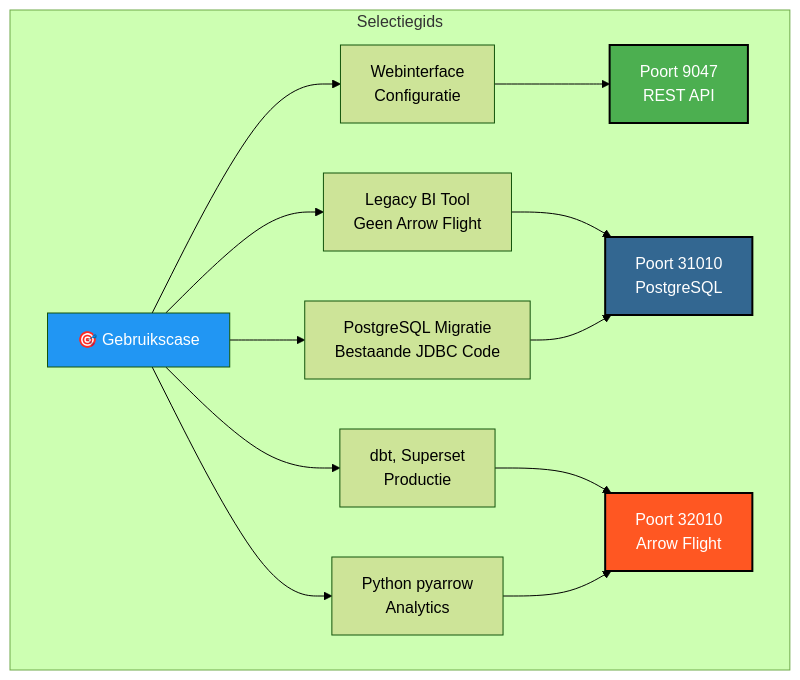
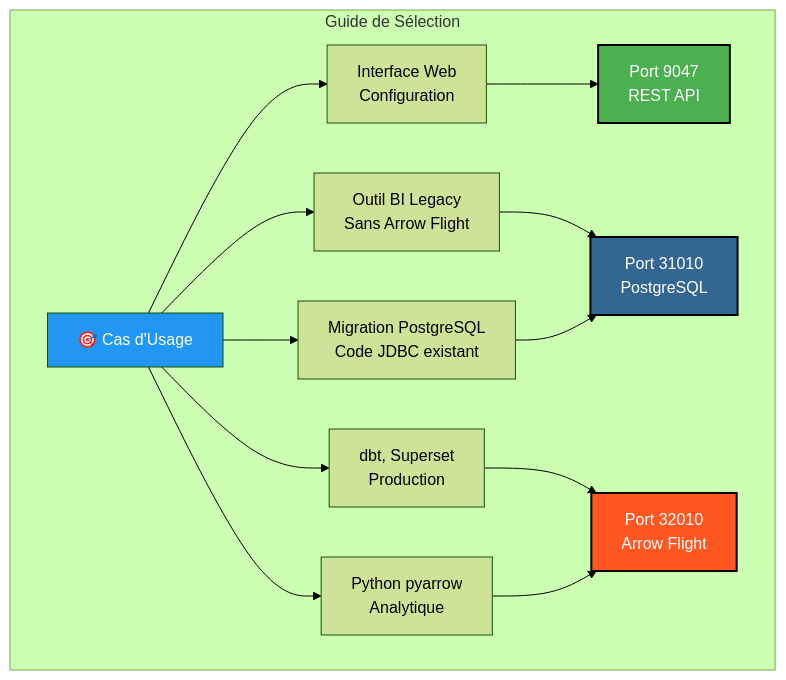
Before and after one commit to Monsau/Talentys-OSS-Data-Platform: the ninth of 9 diagrams in docs/i18n/nl/architecture/dremio-ports-visual.md, drawn with Mermaid (forest theme). The commit also changed other lines of this file and 485 other files, not shown here.

First line of the commit message:
feat: v1.1.0 - Complete i18n roadmap, AI services, and data platform

````diff
--- a/docs/i18n/nl/architecture/dremio-ports-visual.md
+++ b/docs/i18n/nl/architecture/dremio-ports-visual.md
@@ -487,23 +487,23 @@
 ```mermaid
 graph TB
-    subgraph "Selectiegids"
-        A["🎯 Gebruikscase"]
+    subgraph "Guide de Sélection"
+        A["🎯 Cas d'Usage"]
         
-        A --> B1["Webinterface<br/>Configuratie"]
-        A --> B2["Legacy BI Tool<br/>Geen Arrow Flight"]
-        A --> B3["PostgreSQL Migratie<br/>Bestaande JDBC Code"]
-        A --> B4["dbt, Superset<br/>Productie"]
-        A --> B5["Python pyarrow<br/>Analytics"]
+        A --> B1["Interface Web<br/>Configuration"]
+        A --> B2["Outil BI Legacy<br/>Sans Arrow Flight"]
+        A --> B3["Migration PostgreSQL<br/>Code JDBC existant"]
+        A --> B4["dbt, Superset<br/>Production"]
+        A --> B5["Python pyarrow<br/>Analytique"]
         
-        B1 --> C1["Poort 9047<br/>REST API"]
-        B2 --> C2["Poort 31010<br/>PostgreSQL"]
+        B1 --> C1["Port 9047<br/>REST API"]
+        B2 --> C2["Port 31010<br/>PostgreSQL"]
         B3 --> C2
-        B4 --> C3["Poort 32010<br/>Arrow Flight"]
+        B4 --> C3["Port 32010<br/>Arrow Flight"]
         B5 --> C3
     end
     
     style A fill:#2196F3,color:#fff
     style C1 fill:#4CAF50,color:#fff,stroke:#000,stroke-width:2px
     style C2 fill:#336791,color:#fff,stroke:#000,stroke-width:2px
     style C3 fill:#FF5722,color:#fff,stroke:#000,stroke-width:2px
 ```
````
